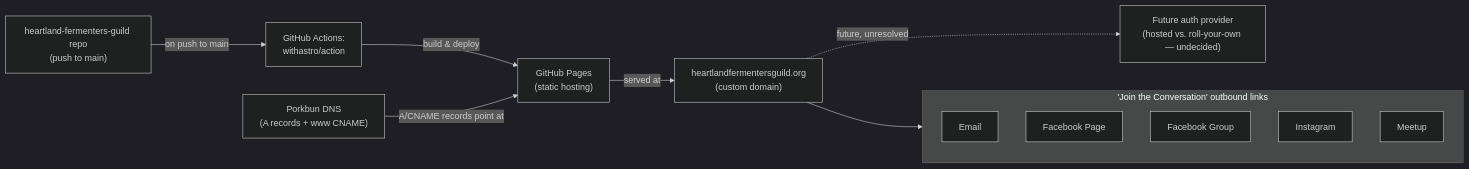
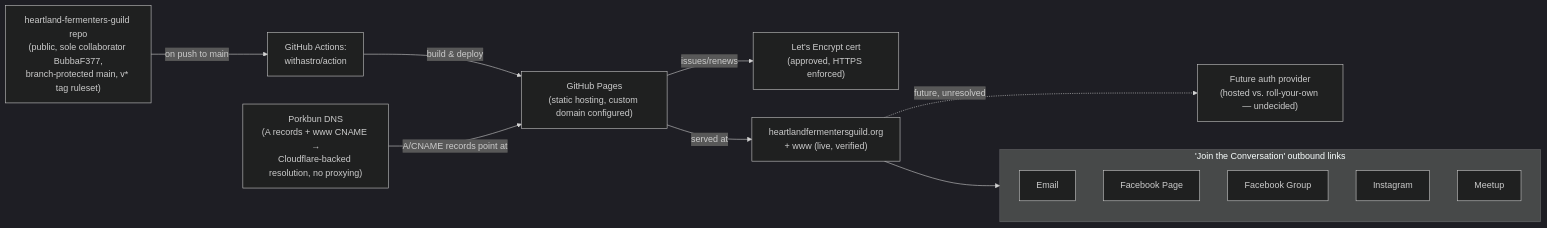
One commit to BubbaF377/heartland-fermenters-guild changed the second of 2 diagrams in docs/VISUALIZER.md. Above: the diagram before and after it, drawn with Mermaid (dark theme). The commit also changed other lines of this file and 2 other files, not shown here.

````diff
--- a/docs/VISUALIZER.md
+++ b/docs/VISUALIZER.md
@@ -47,26 +58,28 @@
 ```mermaid
 flowchart LR
-    Repo["heartland-fermenters-guild repo<br/>(push to main)"]
+    Repo["heartland-fermenters-guild repo<br/>(public, sole collaborator BubbaF377,<br/>branch-protected main, v* tag ruleset)"]
     Action["GitHub Actions:<br/>withastro/action"]
-    Pages["GitHub Pages<br/>(static hosting)"]
-    Domain["heartlandfermentersguild.org<br/>(custom domain)"]
-    Porkbun["Porkbun DNS<br/>(A records + www CNAME)"]
+    Pages["GitHub Pages<br/>(static hosting, custom domain configured)"]
+    Cert["Let's Encrypt cert<br/>(approved, HTTPS enforced)"]
+    Domain["heartlandfermentersguild.org<br/>+ www (live, verified)"]
+    Porkbun["Porkbun DNS<br/>(A records + www CNAME →<br/>Cloudflare-backed resolution, no proxying)"]
 
     Repo -->|on push to main| Action
     Action -->|build & deploy| Pages
+    Pages -->|issues/renews| Cert
     Pages -->|served at| Domain
     Porkbun -->|A/CNAME records point at| Pages
 
     subgraph SocialLinks["'Join the Conversation' outbound links"]
         Email["Email"]
         FBPage["Facebook Page"]
         FBGroup["Facebook Group"]
         Instagram["Instagram"]
         Meetup["Meetup"]
     end
 
     Domain --> SocialLinks
 
     AuthTBD["Future auth provider<br/>(hosted vs. roll-your-own — undecided)"]
     Domain -.future, unresolved.-> AuthTBD
 ```
````
